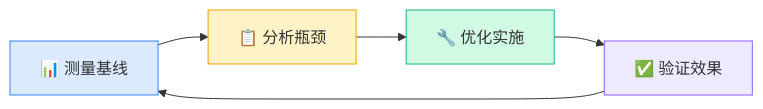
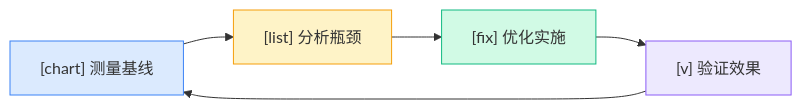
The third of 3 diagrams in docs/guide/qos/performance.md (SKT-Shurima/NetworkMastery), drawn with Mermaid before and after one commit. The commit also changed 54 other files, not shown here.

````diff
--- a/docs/guide/qos/performance.md
+++ b/docs/guide/qos/performance.md
@@ -122,12 +122,12 @@
 ```mermaid
 graph LR
-    M["📊 测量基线"] --> A["📋 分析瓶颈"]
-    A --> O["🔧 优化实施"]
-    O --> V["✅ 验证效果"]
+    M["[chart] 测量基线"] --> A["[list] 分析瓶颈"]
+    A --> O["[fix] 优化实施"]
+    O --> V["[v] 验证效果"]
     V --> M
     
     style M fill:#dbeafe,stroke:#3b82f6
     style A fill:#fef3c7,stroke:#f59e0b
     style O fill:#d1fae5,stroke:#10b981
     style V fill:#ede9fe,stroke:#8b5cf6
 ```
````
